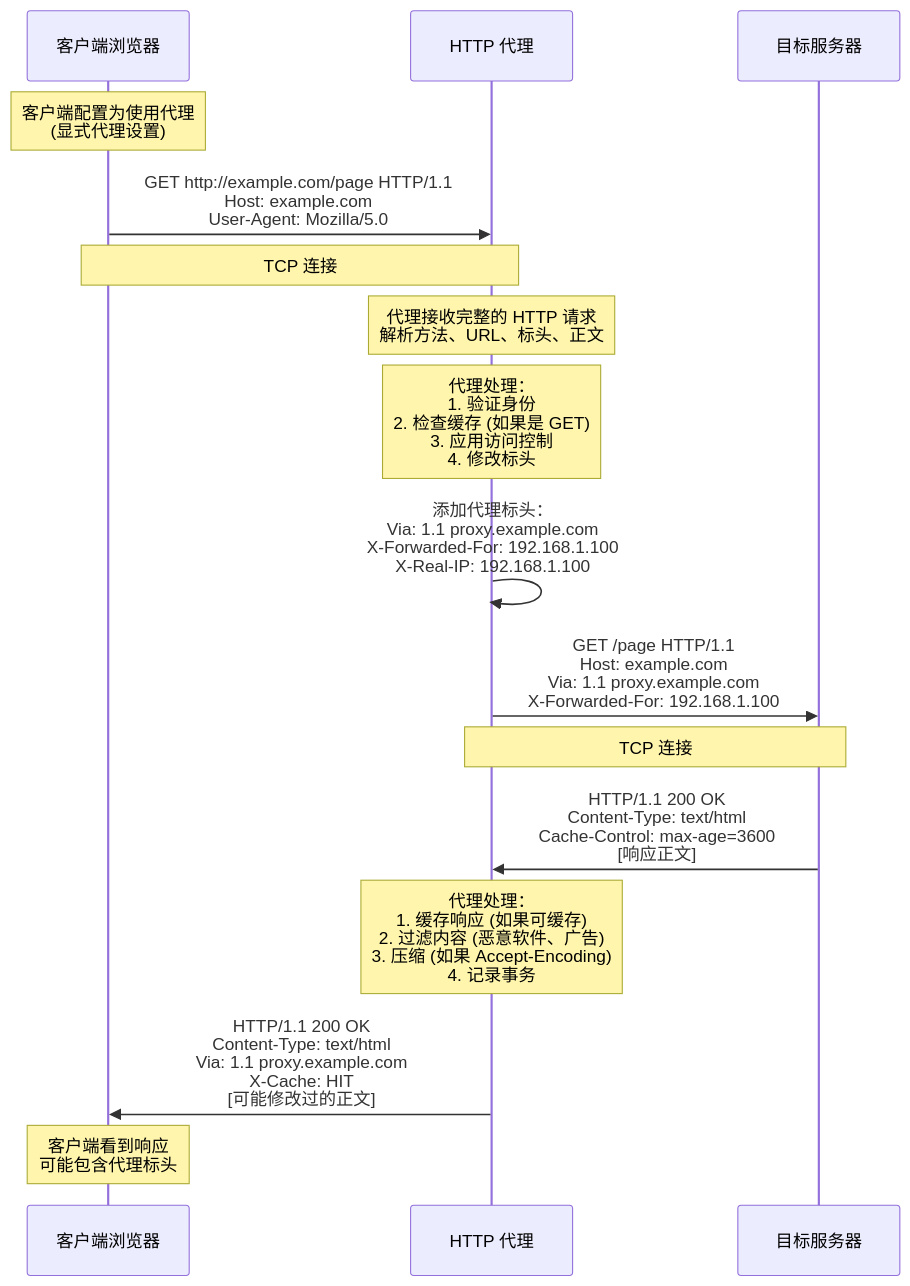
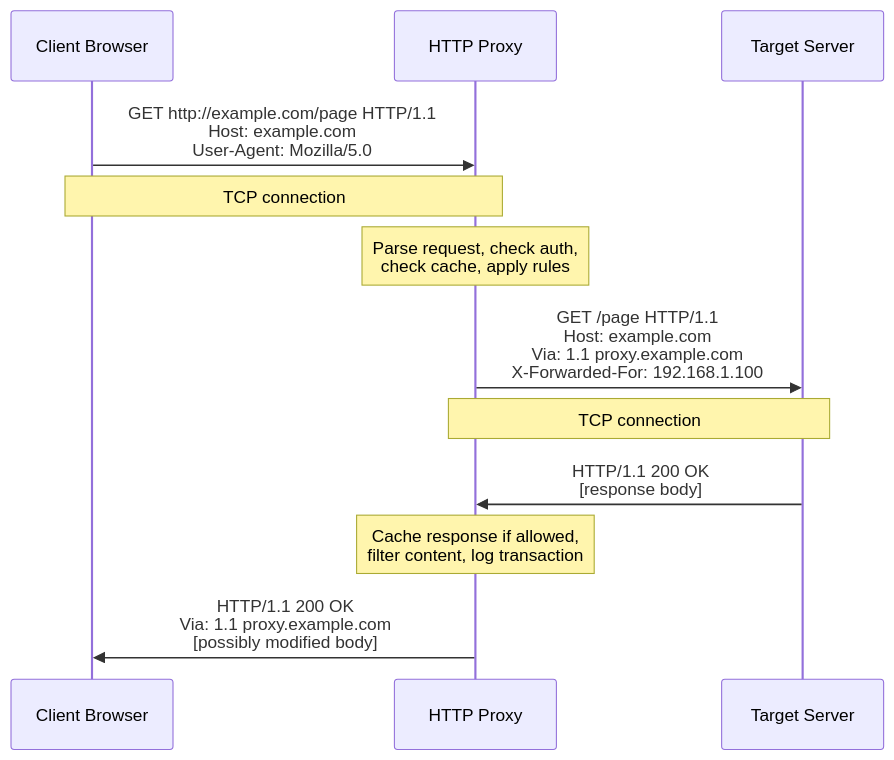
One commit to autoscrape-labs/pydoll changed the first of 2 diagrams in docs/zh/deep-dive/network/http-proxies.md. Above: the diagram before and after it, drawn with Mermaid. The commit also changed other lines of this file and 9 other files, not shown here.

````diff
--- a/docs/zh/deep-dive/network/http-proxies.md
+++ b/docs/zh/deep-dive/network/http-proxies.md
@@ -62,28 +23,20 @@
 ```mermaid
 sequenceDiagram
-    participant Client as 客户端浏览器
-    participant Proxy as HTTP 代理
-    participant Server as 目标服务器
-    
-    Note over Client: 客户端配置为使用代理<br/>(显式代理设置)
-    
+    participant Client as Client Browser
+    participant Proxy as HTTP Proxy
+    participant Server as Target Server
+
     Client->>Proxy: GET http://example.com/page HTTP/1.1<br/>Host: example.com<br/>User-Agent: Mozilla/5.0
-    Note over Client,Proxy: TCP 连接 #1:<br/>客户端 ⟷ 代理
-    
-    Note over Proxy: 代理接收完整的 HTTP 请求<br/>解析方法、URL、标头、正文
-    
-    Note over Proxy: 代理处理：<br/>1. 验证身份<br/>2. 检查缓存 (如果是 GET)<br/>3. 应用访问控制<br/>4. 修改标头
-    
-    Proxy->>Proxy: 添加代理标头：<br/>Via: 1.1 proxy.example.com<br/>X-Forwarded-For: 192.168.1.100<br/>X-Real-IP: 192.168.1.100
-    
+    Note over Client,Proxy: TCP connection #1
+
+    Note over Proxy: Parse request, check auth,<br/>check cache, apply rules
+
     Proxy->>Server: GET /page HTTP/1.1<br/>Host: example.com<br/>Via: 1.1 proxy.example.com<br/>X-Forwarded-For: 192.168.1.100
-    Note over Proxy,Server: TCP 连接 #2:<br/>代理 ⟷ 服务器
-    
-    Server->>Proxy: HTTP/1.1 200 OK<br/>Content-Type: text/html<br/>Cache-Control: max-age=3600<br/>[响应正文]
-    
-    Note over Proxy: 代理处理：<br/>1. 缓存响应 (如果可缓存)<br/>2. 过滤内容 (恶意软件、广告)<br/>3. 压缩 (如果 Accept-Encoding)<br/>4. 记录事务
-    
-    Proxy->>Client: HTTP/1.1 200 OK<br/>Content-Type: text/html<br/>Via: 1.1 proxy.example.com<br/>X-Cache: HIT<br/>[可能修改过的正文]
-    
-    Note over Client: 客户端看到响应<br/>可能包含代理标头
+    Note over Proxy,Server: TCP connection #2
+
+    Server->>Proxy: HTTP/1.1 200 OK<br/>[response body]
+
+    Note over Proxy: Cache response if allowed,<br/>filter content, log transaction
+
+    Proxy->>Client: HTTP/1.1 200 OK<br/>Via: 1.1 proxy.example.com<br/>[possibly modified body]
 ```
````
